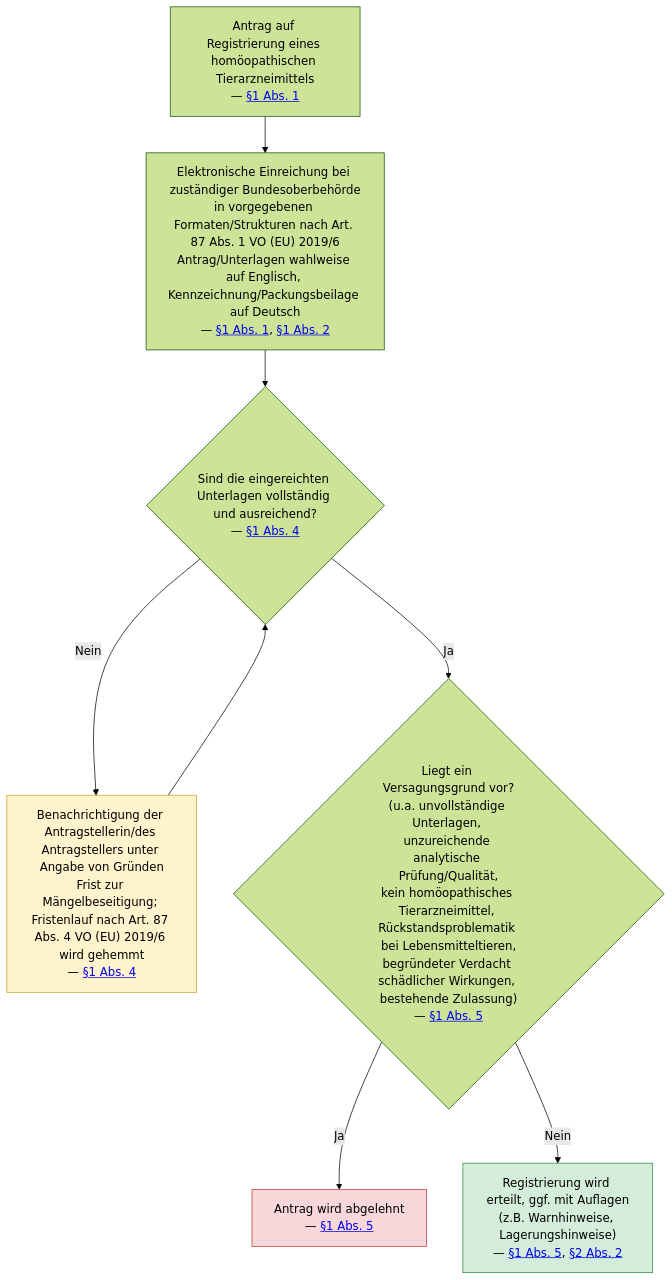
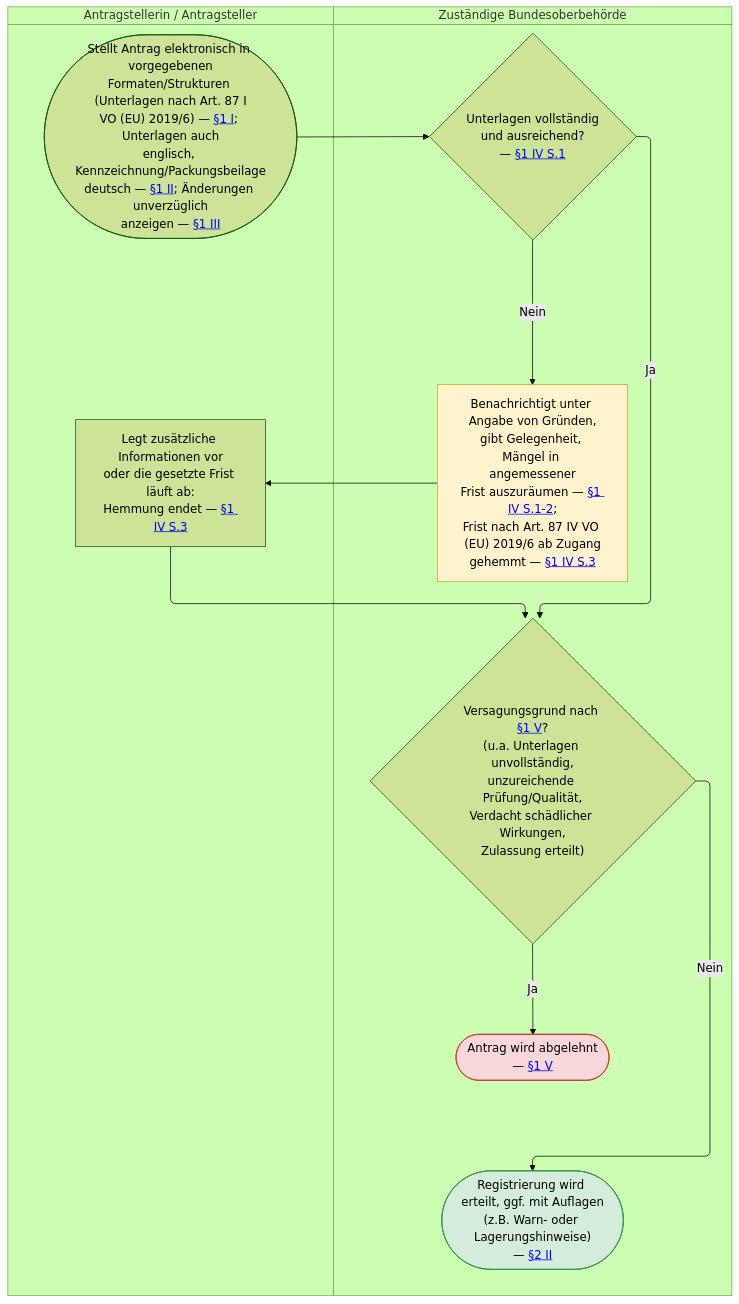
One commit to digitalservicebund/zfl-website changed the diagram in src/content/ki-visualisierungen/HomTAMRegV/registrierungsverfahren.mmd. Above: the diagram before and after it, drawn with Mermaid (forest theme). The commit also changed 26 other files, not shown here.

```diff
--- a/src/content/ki-visualisierungen/HomTAMRegV/registrierungsverfahren.mmd
+++ b/src/content/ki-visualisierungen/HomTAMRegV/registrierungsverfahren.mmd
@@ -1,14 +1,28 @@
 ---
-summary: "Zeigt das Antrags- und Prüfverfahren für die Registrierung eines homöopathischen Tierarzneimittels, von der elektronischen Antragstellung über die Vollständigkeitsprüfung bis zur Erteilung oder Ablehnung."
+summary: "Zeigt das Registrierungsverfahren für ein homöopathisches Tierarzneimittel zwischen Antragsteller und zuständiger Bundesoberbehörde: elektronische Antragstellung, Vollständigkeitsprüfung mit Mängelbenachrichtigung und Fristhemmung sowie Erteilung oder Ablehnung."
 ---
-flowchart TD
-    A["Antrag auf Registrierung eines homöopathischen Tierarzneimittels<br/>— <a href='{{ELI}}#art-z1_abs-z1' target='_blank' rel='noopener'>§1 Abs. 1</a>"] --> B["Elektronische Einreichung bei zuständiger Bundesoberbehörde<br/>in vorgegebenen Formaten/Strukturen nach Art. 87 Abs. 1 VO (EU) 2019/6<br/>Antrag/Unterlagen wahlweise auf Englisch, Kennzeichnung/Packungsbeilage auf Deutsch<br/>— <a href='{{ELI}}#art-z1_abs-z1' target='_blank' rel='noopener'>§1 Abs. 1</a>, <a href='{{ELI}}#art-z1_abs-z2' target='_blank' rel='noopener'>§1 Abs. 2</a>"]
-    B --> C{"Sind die eingereichten Unterlagen vollständig und ausreichend?<br/>— <a href='{{ELI}}#art-z1_abs-z4' target='_blank' rel='noopener'>§1 Abs. 4</a>"}
-    C -->|Nein| D["Benachrichtigung der Antragstellerin/des Antragstellers unter Angabe von Gründen<br/>Frist zur Mängelbeseitigung; Fristenlauf nach Art. 87 Abs. 4 VO (EU) 2019/6 wird gehemmt<br/>— <a href='{{ELI}}#art-z1_abs-z4' target='_blank' rel='noopener'>§1 Abs. 4</a>"]
-    D --> C
-    C -->|Ja| E{"Liegt ein Versagungsgrund vor?<br/>(u.a. unvollständige Unterlagen, unzureichende analytische Prüfung/Qualität,<br/>kein homöopathisches Tierarzneimittel, Rückstandsproblematik bei Lebensmitteltieren,<br/>begründeter Verdacht schädlicher Wirkungen, bestehende Zulassung)<br/>— <a href='{{ELI}}#art-z1_abs-z5' target='_blank' rel='noopener'>§1 Abs. 5</a>"}
-    E -->|Ja| F["Antrag wird abgelehnt<br/>— <a href='{{ELI}}#art-z1_abs-z5' target='_blank' rel='noopener'>§1 Abs. 5</a>"]
-    E -->|Nein| G["Registrierung wird erteilt, ggf. mit Auflagen<br/>(z.B. Warnhinweise, Lagerungshinweise)<br/>— <a href='{{ELI}}#art-z1_abs-z5' target='_blank' rel='noopener'>§1 Abs. 5</a>, <a href='{{ELI}}#art-z2_abs-z2' target='_blank' rel='noopener'>§2 Abs. 2</a>"]
-    style F fill:#f8d7da,stroke:#c0392b
-    style G fill:#d4edda,stroke:#2d8a4a
-    style D fill:#fff3cd,stroke:#c9a227
+swimlane-beta TD
+    subgraph AS["Antragstellerin / Antragsteller"]
+        start(["Stellt Antrag elektronisch in vorgegebenen<br/>Formaten/Strukturen (Unterlagen nach Art. 87 I<br/>VO (EU) 2019/6) — <a href='{{ELI}}#art-z1_abs-z1' target='_blank' rel='noopener'>§1 I</a>; Unterlagen auch<br/>englisch, Kennzeichnung/Packungsbeilage<br/>deutsch — <a href='{{ELI}}#art-z1_abs-z2' target='_blank' rel='noopener'>§1 II</a>; Änderungen unverzüglich<br/>anzeigen — <a href='{{ELI}}#art-z1_abs-z3' target='_blank' rel='noopener'>§1 III</a>"])
+        nachreichung["Legt zusätzliche Informationen vor<br/>oder die gesetzte Frist läuft ab:<br/>Hemmung endet — <a href='{{ELI}}#art-z1_abs-z4' target='_blank' rel='noopener'>§1 IV S.3</a>"]
+    end
+
+    subgraph BOB["Zuständige Bundesoberbehörde"]
+        pruefung{"Unterlagen vollständig<br/>und ausreichend?<br/>— <a href='{{ELI}}#art-z1_abs-z4' target='_blank' rel='noopener'>§1 IV S.1</a>"}
+        mangel["Benachrichtigt unter Angabe von Gründen,<br/>gibt Gelegenheit, Mängel in angemessener<br/>Frist auszuräumen — <a href='{{ELI}}#art-z1_abs-z4' target='_blank' rel='noopener'>§1 IV S.1-2</a>;<br/>Frist nach Art. 87 IV VO (EU) 2019/6 ab Zugang<br/>gehemmt — <a href='{{ELI}}#art-z1_abs-z4' target='_blank' rel='noopener'>§1 IV S.3</a>"]
+        versagung{"Versagungsgrund nach <a href='{{ELI}}#art-z1_abs-z5' target='_blank' rel='noopener'>§1 V</a>?<br/>(u.a. Unterlagen unvollständig,<br/>unzureichende Prüfung/Qualität,<br/>Verdacht schädlicher Wirkungen,<br/>Zulassung erteilt)"}
+        ablehnung(["Antrag wird abgelehnt<br/>— <a href='{{ELI}}#art-z1_abs-z5' target='_blank' rel='noopener'>§1 V</a>"])
+        erteilung(["Registrierung wird erteilt, ggf. mit Auflagen<br/>(z.B. Warn- oder Lagerungshinweise)<br/>— <a href='{{ELI}}#art-z2_abs-z2' target='_blank' rel='noopener'>§2 II</a>"])
+    end
+
+    start --> pruefung
+    pruefung -->|Nein| mangel
+    mangel --> nachreichung
+    nachreichung --> versagung
+    pruefung -->|Ja| versagung
+    versagung -->|Ja| ablehnung
+    versagung -->|Nein| erteilung
+
+    style ablehnung fill:#f8d7da,stroke:#c0392b
+    style erteilung fill:#d4edda,stroke:#2d8a4a
+    style mangel fill:#fff3cd,stroke:#c9a227
```
